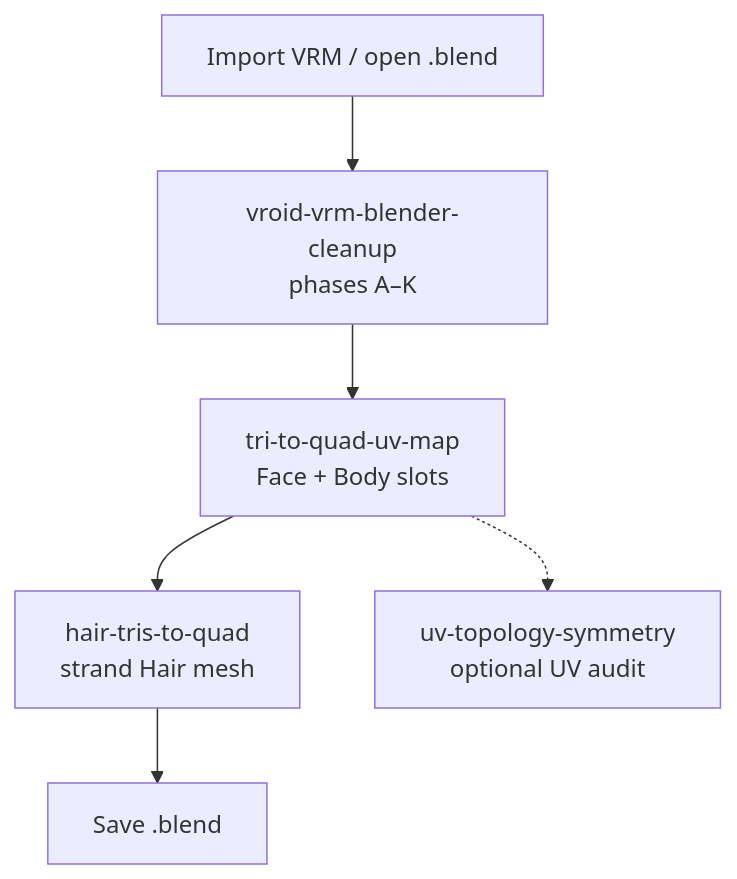
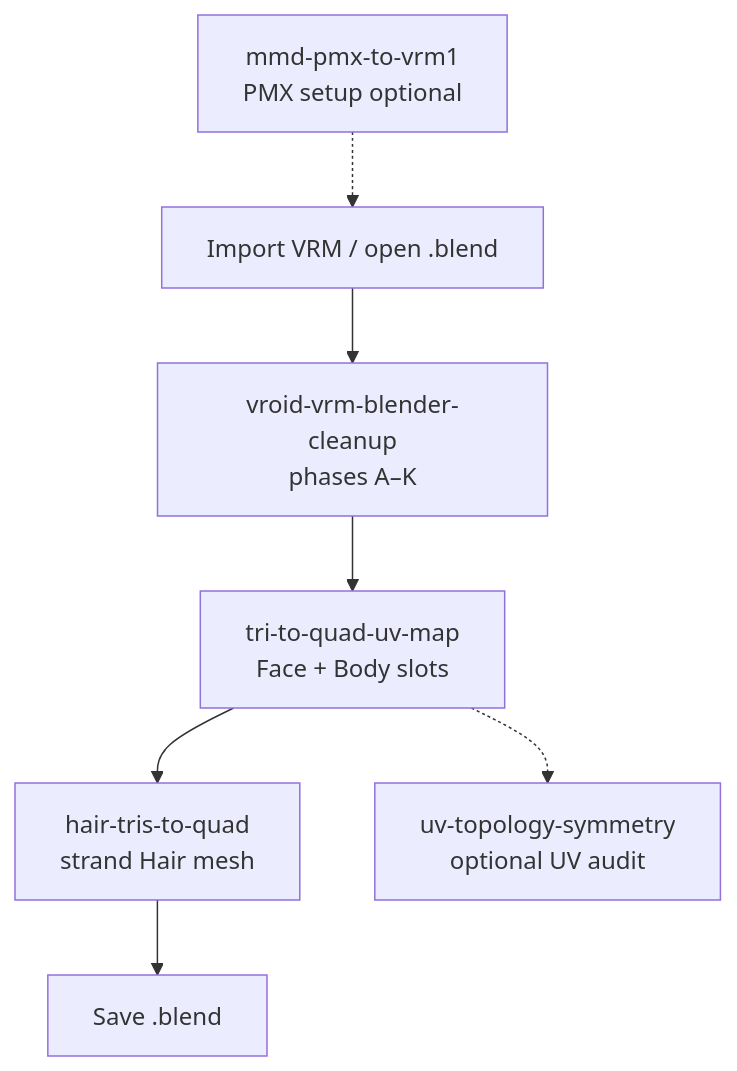
The first of 8 diagrams in skills/README.md (miramocha/blender-skills-and-rules), drawn with Mermaid before and after one commit. The commit also changed other lines of this file and 8 other files, not shown here.

First line of the commit message:
feat(mmd): add PMX→VRM1 setup skill

````diff
--- a/skills/README.md
+++ b/skills/README.md
@@ -23,13 +24,15 @@
 ```mermaid
 flowchart TD
+  pmx[mmd-pmx-to-vrm1<br/>PMX setup optional]
   start[Import VRM / open .blend]
   cleanup[vroid-vrm-blender-cleanup<br/>phases A–K]
   tq[tri-to-quad-uv-map<br/>Face + Body slots]
   hair[hair-tris-to-quad<br/>strand Hair mesh]
   sym[uv-topology-symmetry<br/>optional UV audit]
   save[Save .blend]
 
+  pmx -.-> start
   start --> cleanup --> tq --> hair
   tq -.-> sym
   hair --> save
 ```
````
